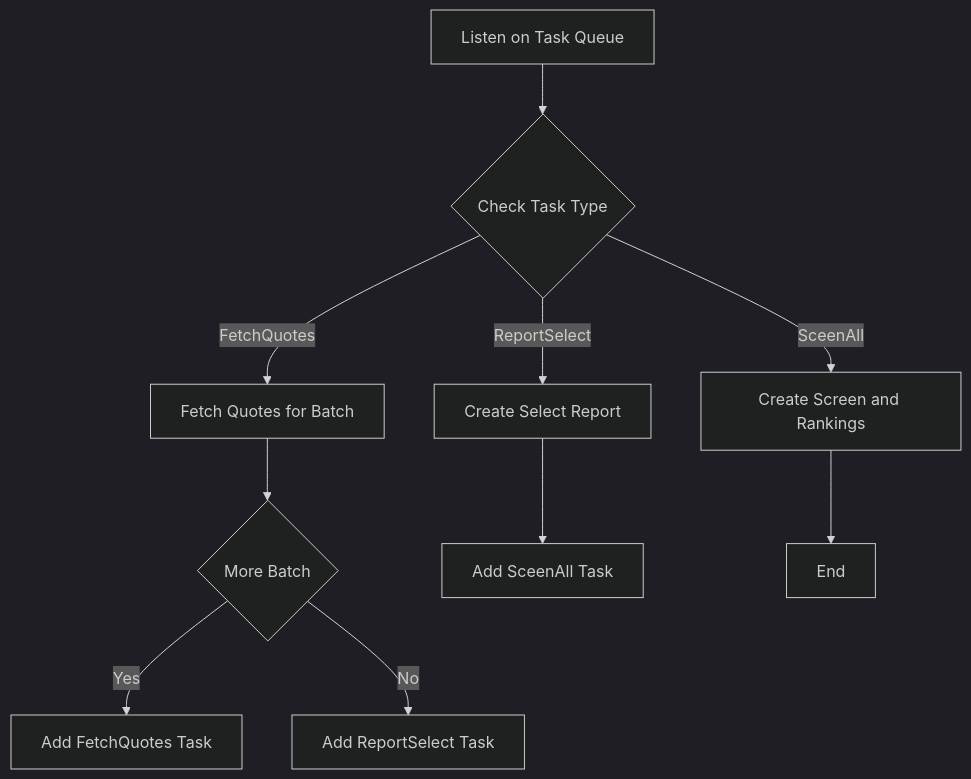
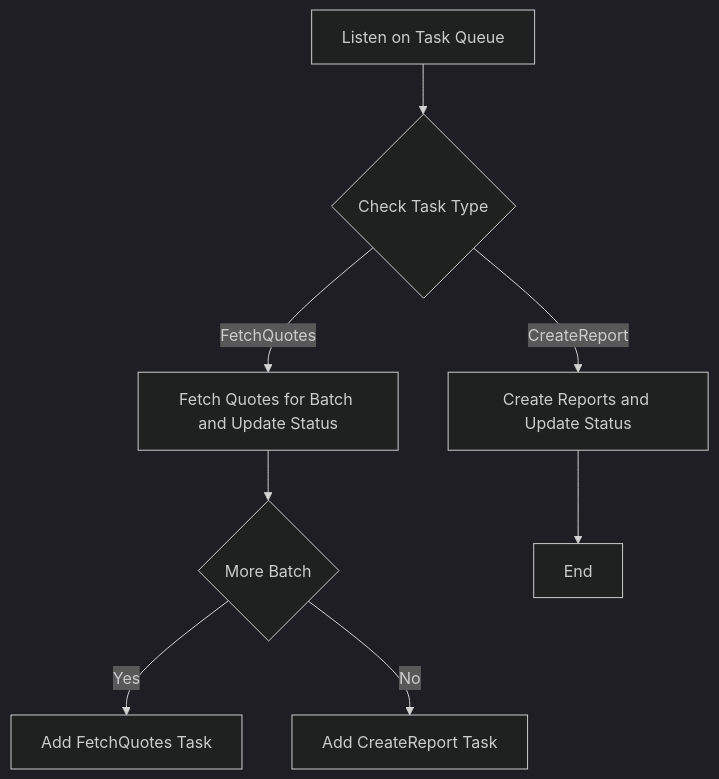
One commit to zujiancai/zujiancai.github.io changed the third of 3 diagrams in _posts/2021-09-27-finana-project-design.md. Above: the diagram before and after it, drawn with Mermaid (dark theme). The commit also changed other lines of this file, not shown here.

Commit message:
Complete all topics in finana project design.

```diff
--- a/_posts/2021-09-27-finana-project-design.md
+++ b/_posts/2021-09-27-finana-project-design.md
@@ -265,12 +265,10 @@
     <div class="mermaid">
         graph TD
         A[Listen on Task Queue] --> B{Check Task Type}
-        B -->|FetchQuotes| C[Fetch Quotes for Batch]
-        B -->|ReportSelect| D[Create Select Report]
-        B -->|SceenAll| E[Create Screen and Rankings]
-        C --> F{More Batch}
-        F --> |Yes| G[Add FetchQuotes Task]
-        F --> |No| H[Add ReportSelect Task]
-        D --> I[Add SceenAll Task]
-        E --> J[End]
+        B -->|FetchQuotes| C[Fetch Quotes for Batch and Update Status]
+        B -->|CreateReport| D[Create Reports and Update Status]
+        C --> E{More Batch}
+        D --> J[End]
+        E --> |Yes| F[Add FetchQuotes Task]
+        E --> |No| G[Add CreateReport Task]
     </div>
```
